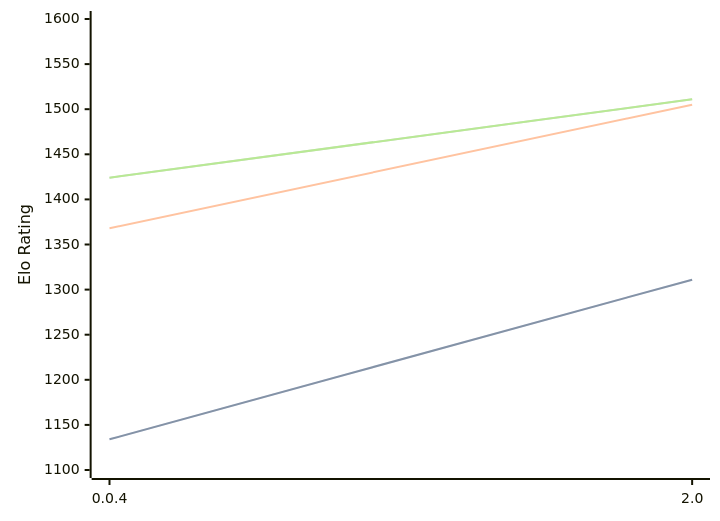
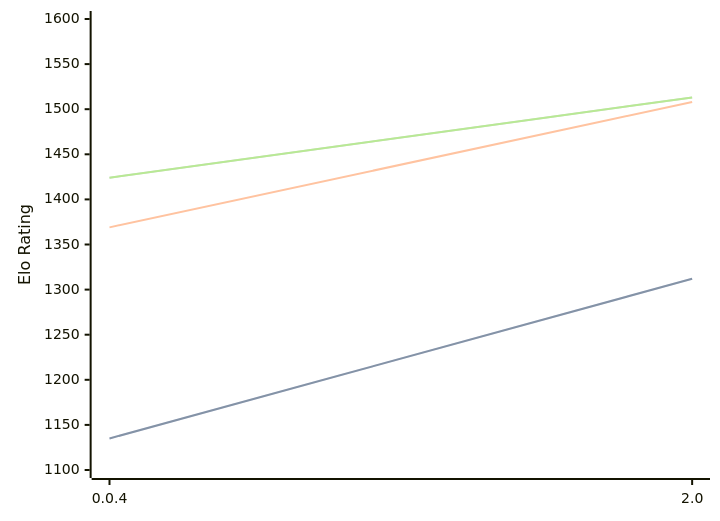
The diagram in engines/Oops!Mate.md (computer-chess-index/cci), drawn with Mermaid before and after one commit. The commit also changed other lines of this file, not shown here.

Commit message:
Update CCI Ratings (ELO VLTC) - 2026-02-20

````diff
--- a/engines/Oops!Mate.md
+++ b/engines/Oops!Mate.md
@@ -48,11 +48,11 @@
 ```mermaid
 %%{init: {"theme":"base","themeVariables":{"seriesColors:['#a3a3a3','#222221','#faa371']}}}%%
 xychart-beta
   x-axis ["0.0.4", "2.0"]
   y-axis "Elo Rating" 1100 --> 1600
-  line "STC (8.0+0.08s)" [1134, 1311]
-  line "STC (8.0+0.08s)" [1134, 1311]
-  line "LTC (60.0+0.60s)" [1368, 1505]
-  line "VLTC (2m24s+1.12s)" [1424, 1511]
-  line "VLTC (2m24s+1.12s)" [1424, 1511]
+  line "STC (8.0+0.08s)" [1135, 1312]
+  line "STC (8.0+0.08s)" [1135, 1312]
+  line "LTC (60.0+0.60s)" [1369, 1508]
+  line "VLTC (2m24s+1.12s)" [1424, 1513]
+  line "VLTC (2m24s+1.12s)" [1424, 1513]
 ```
````
